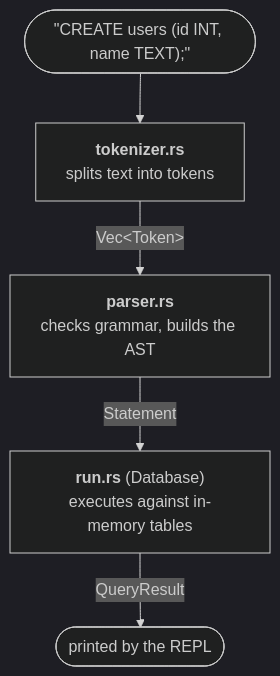
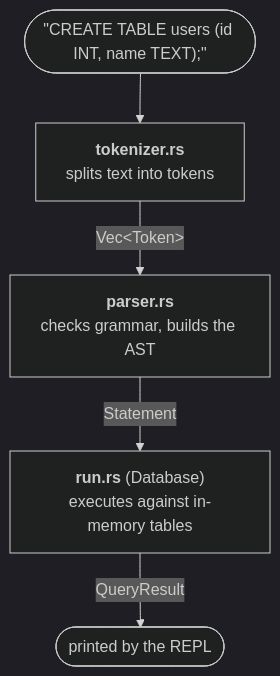
One commit to OscarCarPu/mini-sql-engine changed the diagram in README.md. Above: the diagram before and after it, drawn with Mermaid (dark theme). The commit also changed 3 other files, not shown here.

````diff
--- a/README.md
+++ b/README.md
@@ -9,13 +9,13 @@
 ```mermaid
 flowchart TD 
-    SQL(["&quot;CREATE users (id INT, name TEXT);&quot;"])
+    SQL(["&quot;CREATE TABLE users (id INT, name TEXT);&quot;"])
     TOK["<b>tokenizer.rs</b><br/>splits text into tokens"]
     PAR["<b>parser.rs</b><br/>checks grammar, builds the AST"]
     RUN["<b>run.rs</b> (Database)<br/>executes against in-memory tables"]
     OUT(["printed by the REPL"])
 
     SQL --> TOK
     TOK -- "Vec&lt;Token&gt;" --> PAR 
     PAR -- "Statement" --> RUN 
     RUN -- "QueryResult" --> OUT
 ```
````
